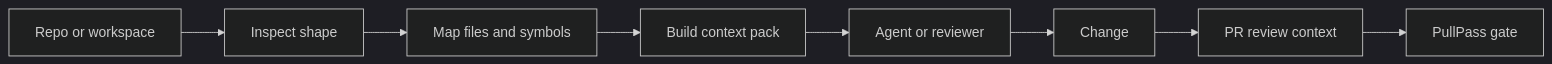
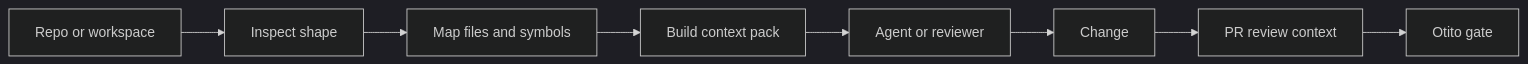
Before and after one commit to BASHBOP/otito: the diagram in docs/index.md, drawn with Mermaid (dark theme). The commit also changed other lines of this file and 12 other files, not shown here.

````diff
--- a/docs/index.md
+++ b/docs/index.md
@@ -65,10 +65,10 @@
 ```mermaid
 flowchart LR
     A[Repo or workspace] --> B[Inspect shape]
     B --> C[Map files and symbols]
     C --> D[Build context pack]
     D --> E[Agent or reviewer]
     E --> F[Change]
     F --> G[PR review context]
-    G --> H[PullPass gate]
+    G --> H[Otito gate]
 ```
````
